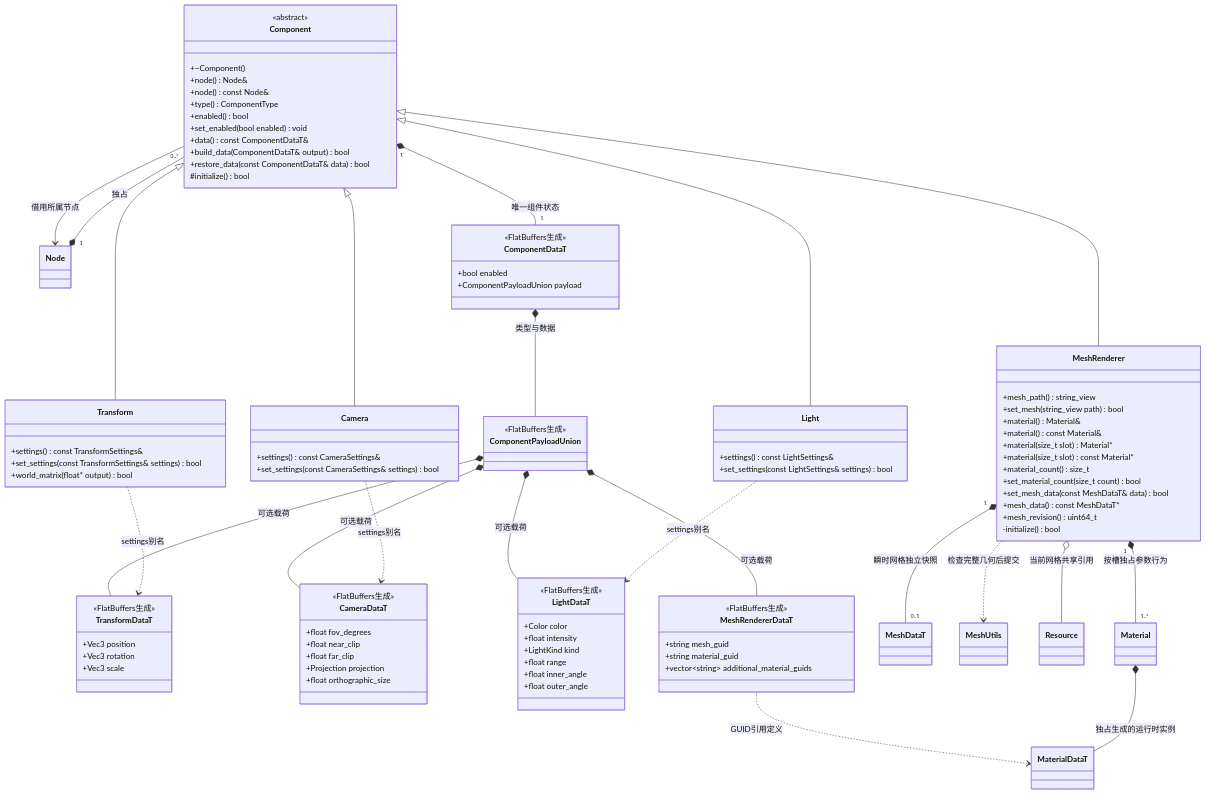
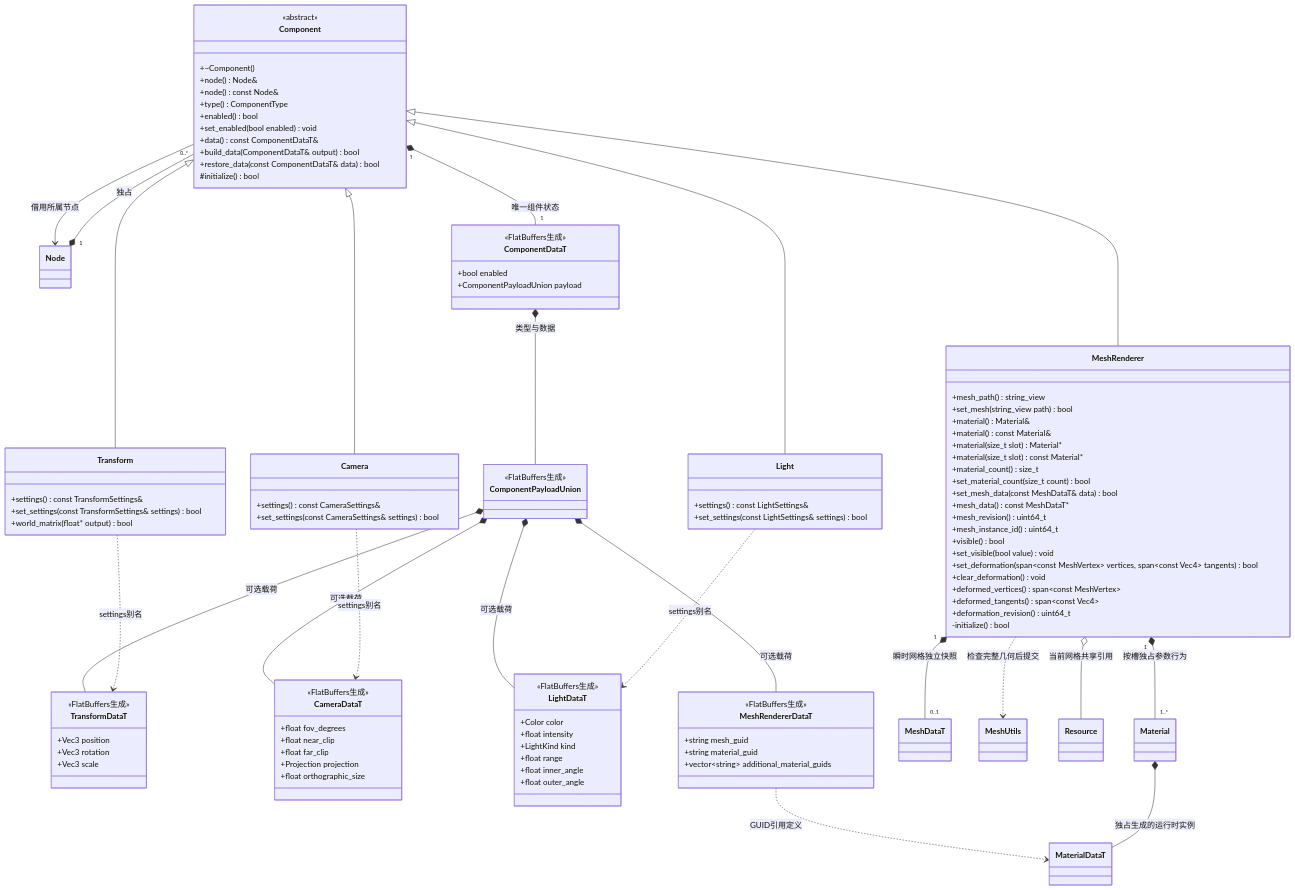
One commit to lcals/Engine changed the diagram in docs/runtime/class-diagrams/component.md. Above: the diagram before and after it, drawn with Mermaid. The commit also changed other lines of this file and 213 other files, not shown here.

```diff
--- a/docs/runtime/class-diagrams/component.md
+++ b/docs/runtime/class-diagrams/component.md
@@ -44,6 +44,14 @@
         +set_mesh_data(const MeshDataT& data) bool
         +mesh_data() const MeshDataT#42;
         +mesh_revision() uint64_t
+        +mesh_instance_id() uint64_t
+        +visible() bool
+        +set_visible(bool value) void
+        +set_deformation(span~const MeshVertex~ vertices, span~const Vec4~ tangents) bool
+        +clear_deformation() void
+        +deformed_vertices() span~const MeshVertex~
+        +deformed_tangents() span~const Vec4~
+        +deformation_revision() uint64_t
         -initialize() bool
     }
     class Node
```
